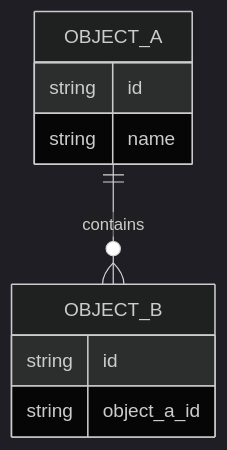
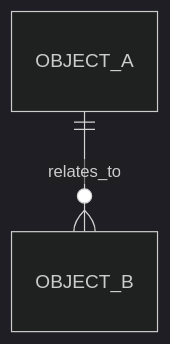
The diagram in fons4ai-sdd/skills/fons4ai-project-knowledge-base-init/references/data-architecture-template.md (nauyiq/fons4ai), drawn with Mermaid (dark theme) before and after one commit. The commit also changed other lines of this file and 32 other files, not shown here.

````diff
--- a/fons4ai-sdd/skills/fons4ai-project-knowledge-base-init/references/data-architecture-template.md
+++ b/fons4ai-sdd/skills/fons4ai-project-knowledge-base-init/references/data-architecture-template.md
@@ -42,12 +42,4 @@
 ```mermaid
 erDiagram
-    OBJECT_A ||--o{ OBJECT_B : contains
-    OBJECT_A {
-        string id
-        string name
-    }
-    OBJECT_B {
-        string id
-        string object_a_id
-    }
+    OBJECT_A ||--o{ OBJECT_B : relates_to
 ```
````
